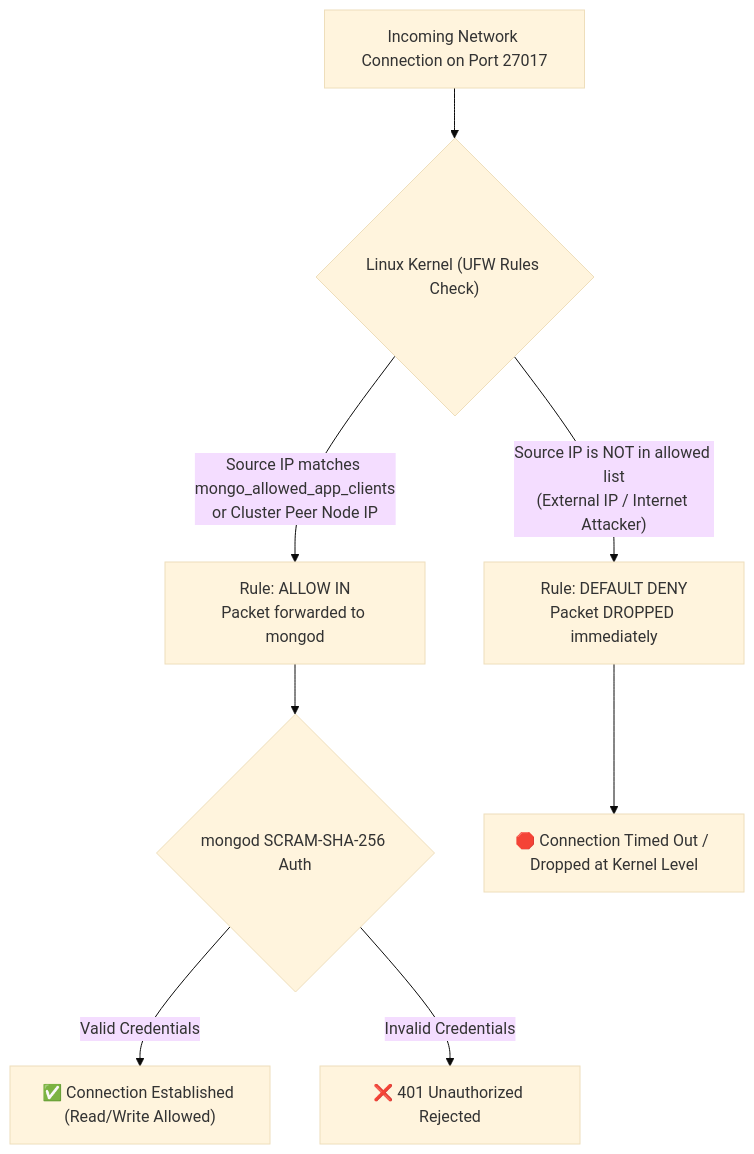
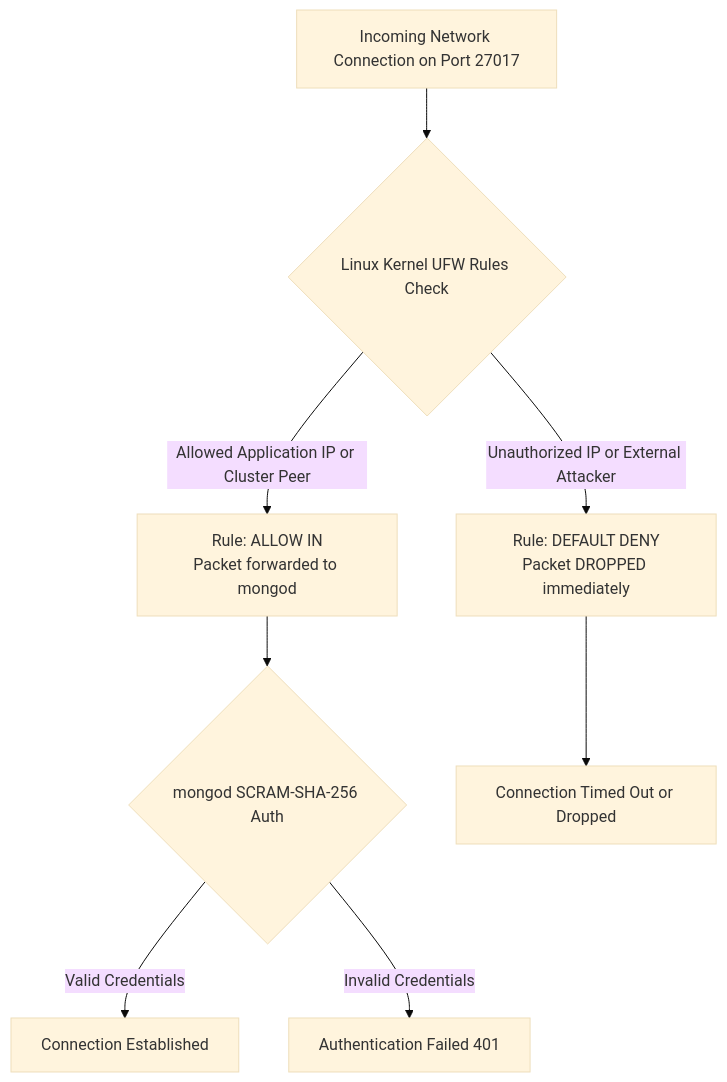
One commit to fahimahammed/db-house changed the second of 6 diagrams in mongodb-enterprise-cluster/README.md. Above: the diagram before and after it, drawn with Mermaid (base theme). The commit also changed other lines of this file and 1 other file, not shown here.

Commit message:
feat: Update README to simplify system architecture section and replace diagram with image

````diff
--- a/mongodb-enterprise-cluster/README.md
+++ b/mongodb-enterprise-cluster/README.md
@@ -129,13 +69,13 @@
 ```mermaid
 flowchart TD
-    ClientReq["Incoming Network Connection on Port 27017"] --> KernelCheck{"Linux Kernel (UFW Rules Check)"}
+    ClientReq["Incoming Network Connection on Port 27017"] --> KernelCheck{"Linux Kernel UFW Rules Check"}
     
-    KernelCheck -->|"Source IP matches mongo_allowed_app_clients<br/>or Cluster Peer Node IP"| AllowRule["Rule: ALLOW IN<br/>Packet forwarded to mongod"]
-    KernelCheck -->|"Source IP is NOT in allowed list<br/>(External IP / Internet Attacker)"| DenyRule["Rule: DEFAULT DENY<br/>Packet DROPPED immediately"]
+    KernelCheck -->|"Allowed Application IP or Cluster Peer"| AllowRule["Rule: ALLOW IN<br/>Packet forwarded to mongod"]
+    KernelCheck -->|"Unauthorized IP or External Attacker"| DenyRule["Rule: DEFAULT DENY<br/>Packet DROPPED immediately"]
 
     AllowRule --> DBAuth{"mongod SCRAM-SHA-256 Auth"}
-    DBAuth -->|"Valid Credentials"| ConnOK["✅ Connection Established (Read/Write Allowed)"]
-    DBAuth -->|"Invalid Credentials"| ConnAuthFail["❌ 401 Unauthorized Rejected"]
+    DBAuth -->|"Valid Credentials"| ConnOK["Connection Established"]
+    DBAuth -->|"Invalid Credentials"| ConnAuthFail["Authentication Failed 401"]
 
-    DenyRule --> Blocked["🛑 Connection Timed Out / Dropped at Kernel Level"]
+    DenyRule --> Blocked["Connection Timed Out or Dropped"]
 ```
````
